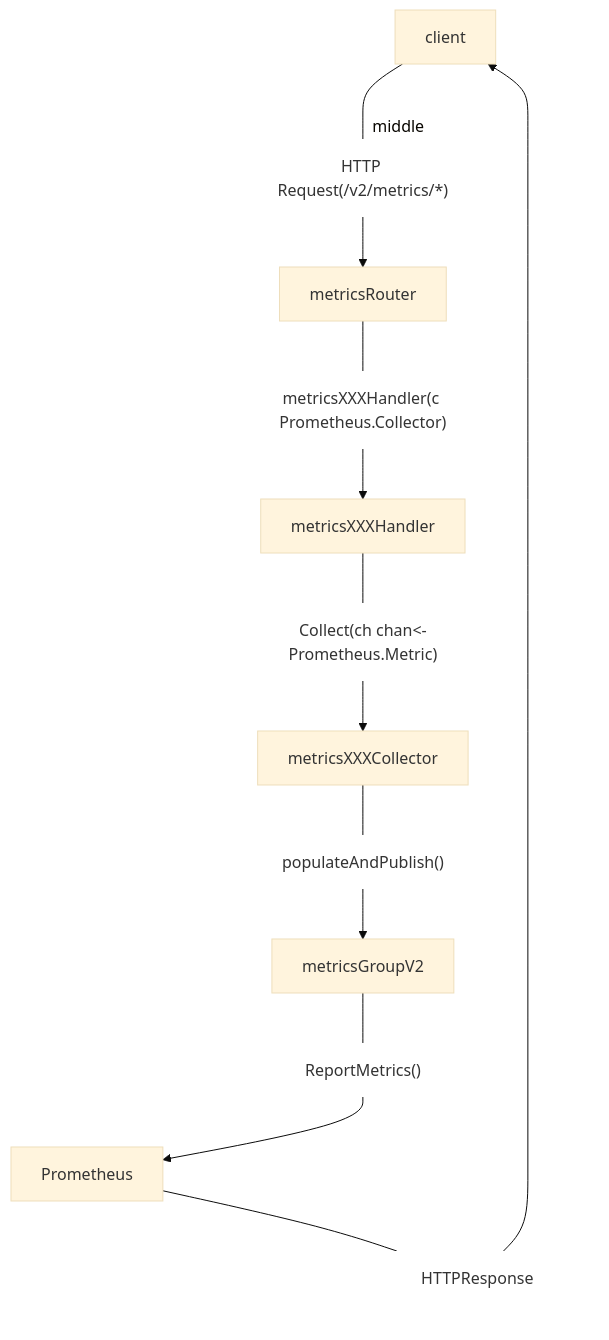
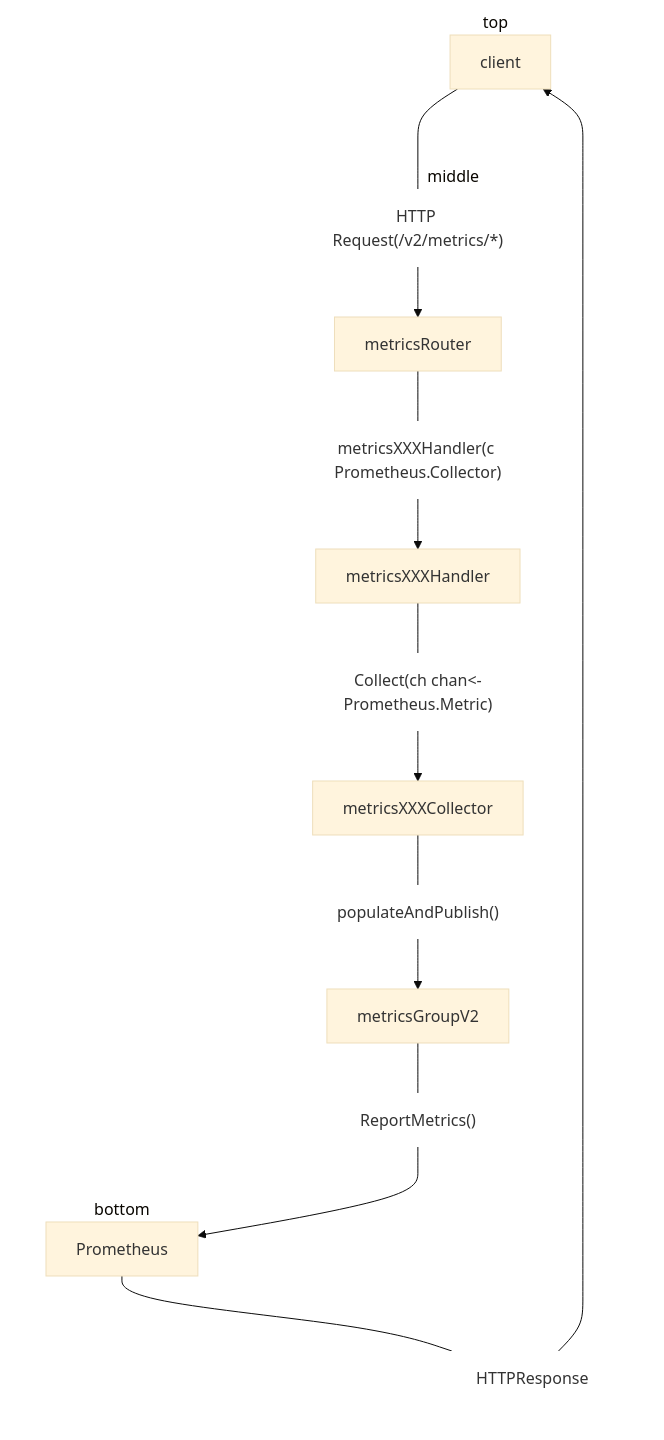
One commit to cquark/Minio_Code_Analysis changed the diagram in temp/invisible_node_test.md. Above: the diagram before and after it, drawn with Mermaid (base theme).

````diff
--- a/temp/invisible_node_test.md
+++ b/temp/invisible_node_test.md
@@ -3,32 +3,38 @@
 ```mermaid
 graph TD
 	classDef transparentNode fill:#fff, stroke-width:0px;
+	subgraph "top"
 	A[client]
+	end
 	subgraph "middle"
 	B[metricsRouter]
 	C[metricsXXXHandler]
 	D[metricsXXXCollector]
 	E[metricsGroupV2]
 	AB["HTTP Request(/v2/metrics/*)"]:::transparentNode
 	BC["metricsXXXHandler(c Prometheus.Collector)"]:::transparentNode
 	CD["Collect(ch chan<-Prometheus.Metric)"]:::transparentNode
 	DE["populateAndPublish()"]:::transparentNode
 	EF["ReportMetrics()"]:::transparentNode
 	FA[HTTPResponse]:::transparentNode
 	end
+	subgraph "bottom"
 	F[Prometheus]
+	end
+	class top transparentNode
 	class middle transparentNode
+	class bottom transparentNode
 
 	A ---AB --> B
 	B ---BC--> C
 	C ---CD--> D
 	D ---DE--> E
 	E ---EF--> F
 	F ---FA--> A
 	click AB "https://google.com"
 	click BC "https://google.com"
 	click CD "https://google.com"
 	click DE "https://google.com"
 	click EF "https://google.com"
 	click FA "https://google.com"
 ```
````
